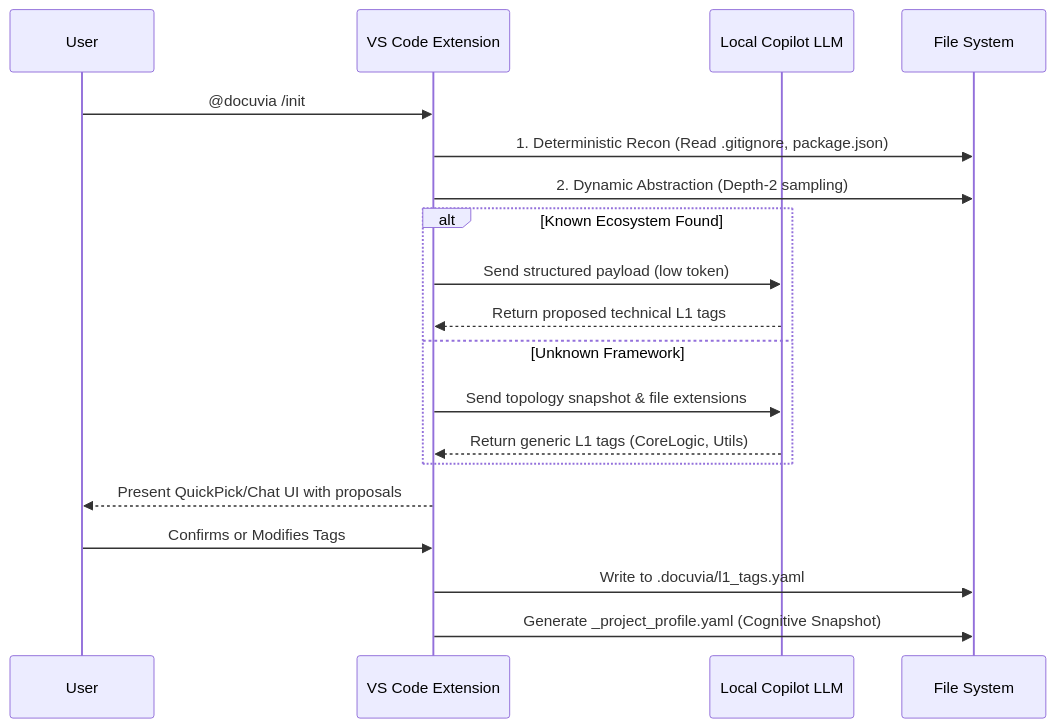
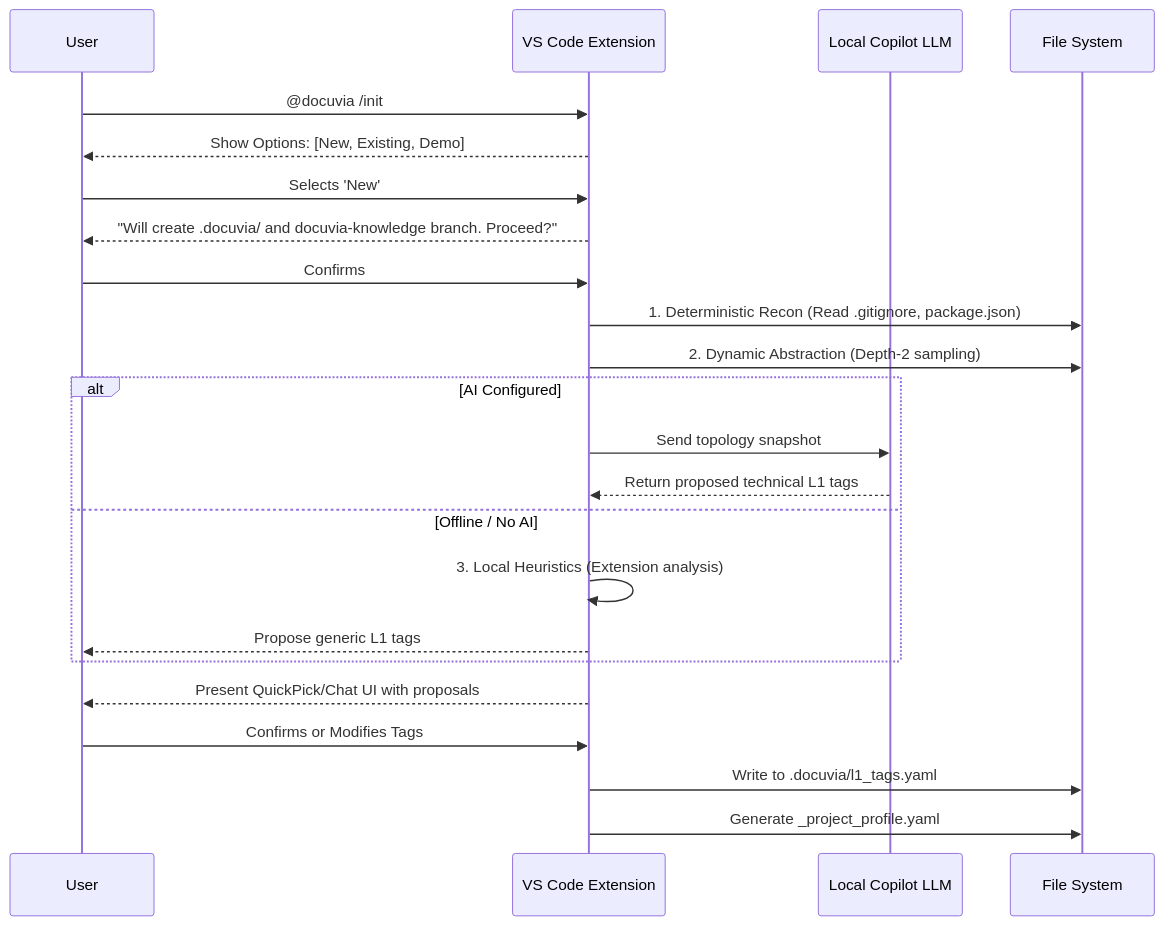
One commit to dyphn1/Docuvia changed the diagram in docs/design/adrs/ADR-001-vscode-client-onboarding.md. Above: the diagram before and after it, drawn with Mermaid. The commit also changed other lines of this file and 8 other files, not shown here.

````diff
--- a/docs/design/adrs/ADR-001-vscode-client-onboarding.md
+++ b/docs/design/adrs/ADR-001-vscode-client-onboarding.md
@@ -9,24 +13,29 @@
 ```mermaid
 sequenceDiagram
     participant User
     participant VSC as VS Code Extension
     participant LLM as Local Copilot LLM
     participant FS as File System
 
     User->>VSC: @docuvia /init
+    VSC-->>User: Show Options: [New, Existing, Demo]
+    User->>VSC: Selects 'New'
+    VSC-->>User: "Will create .docuvia/ and docuvia-knowledge branch. Proceed?"
+    User->>VSC: Confirms
+    
     VSC->>FS: 1. Deterministic Recon (Read .gitignore, package.json)
     VSC->>FS: 2. Dynamic Abstraction (Depth-2 sampling)
-
-    alt Known Ecosystem Found
-        VSC->>LLM: Send structured payload (low token)
+    
+    alt AI Configured
+        VSC->>LLM: Send topology snapshot
         LLM-->>VSC: Return proposed technical L1 tags
-    else Unknown Framework
-        VSC->>LLM: Send topology snapshot & file extensions
-        LLM-->>VSC: Return generic L1 tags (CoreLogic, Utils)
+    else Offline / No AI
+        VSC->>VSC: 3. Local Heuristics (Extension analysis)
+        VSC-->>User: Propose generic L1 tags
     end
 
     VSC-->>User: Present QuickPick/Chat UI with proposals
     User->>VSC: Confirms or Modifies Tags
     VSC->>FS: Write to .docuvia/l1_tags.yaml
-    VSC->>FS: Generate _project_profile.yaml (Cognitive Snapshot)
+    VSC->>FS: Generate _project_profile.yaml
 ```
````
